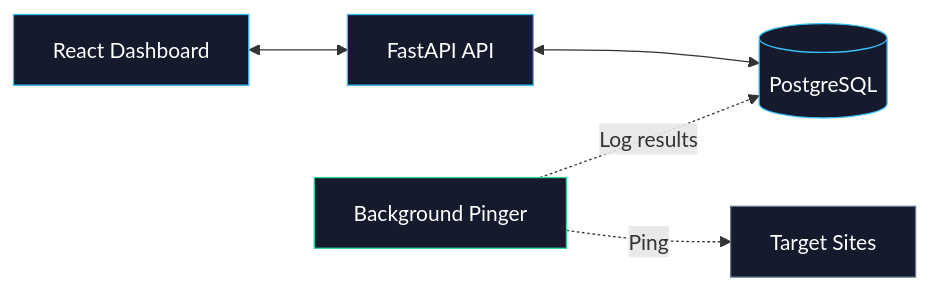
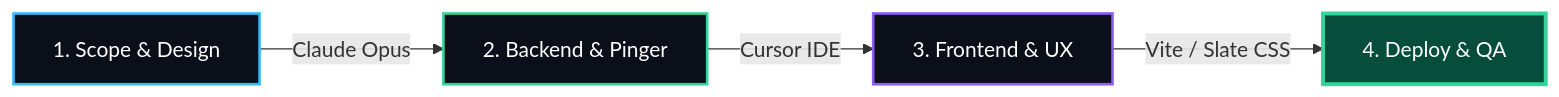
The third of 4 diagrams in README.md (Nishchalpr4/UpTime-Moniter), drawn with Mermaid before and after one commit. The commit also changed other lines of this file, not shown here.

Commit message:
docs: final visual overhaul of README with diagrams and tables

````diff
--- a/README.md
+++ b/README.md
@@ -55,13 +107,11 @@
 ```mermaid
 graph LR
-    UI[React Dashboard] <--> API[FastAPI API]
-    API <--> DB[(PostgreSQL)]
-    Scheduler[Background Pinger] -.->|Ping| Websites[Target Sites]
-    Scheduler -.->|Log results| DB
+    Plan[1. Scope & Design] -->|Claude Opus| Dev[2. Backend & Pinger]
+    Dev -->|Cursor IDE| UI[3. Frontend & UX]
+    UI -->|Vite / Slate CSS| Ship[4. Deploy & QA]
 
-    style UI fill:#151b2c,stroke:#38bdf8,color:#fff
-    style API fill:#151b2c,stroke:#38bdf8,color:#fff
-    style DB fill:#151b2c,stroke:#38bdf8,color:#fff
-    style Scheduler fill:#151b2c,stroke:#34d399,color:#fff
-    style Websites fill:#151b2c,stroke:#64748b,color:#fff
+    style Plan fill:#0b0f19,stroke:#38bdf8,stroke-width:2px,color:#fff
+    style Dev fill:#0b0f19,stroke:#34d399,stroke-width:2px,color:#fff
+    style UI fill:#0b0f19,stroke:#8b5cf6,stroke-width:2px,color:#fff
+    style Ship fill:#064e3b,stroke:#34d399,stroke-width:3px,color:#fff
 ```
````
